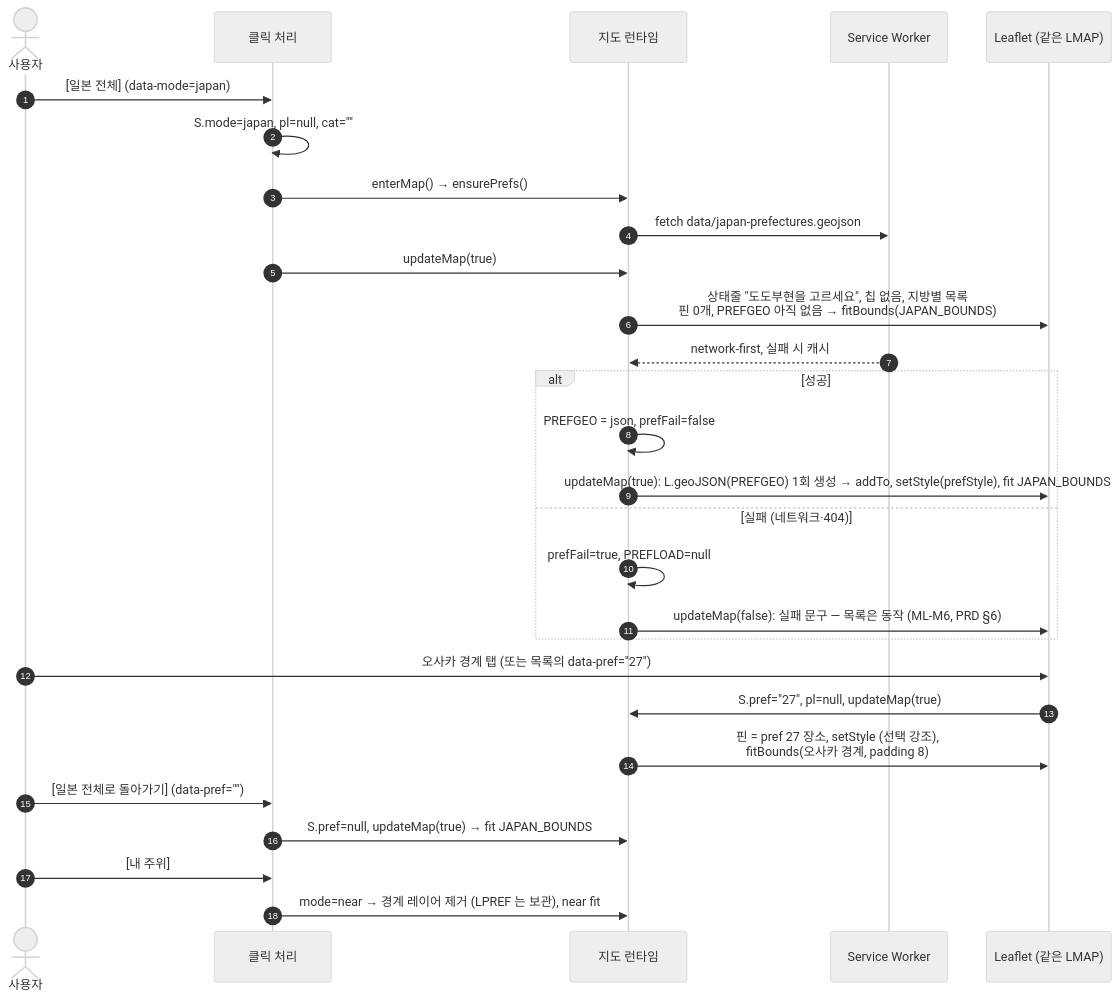
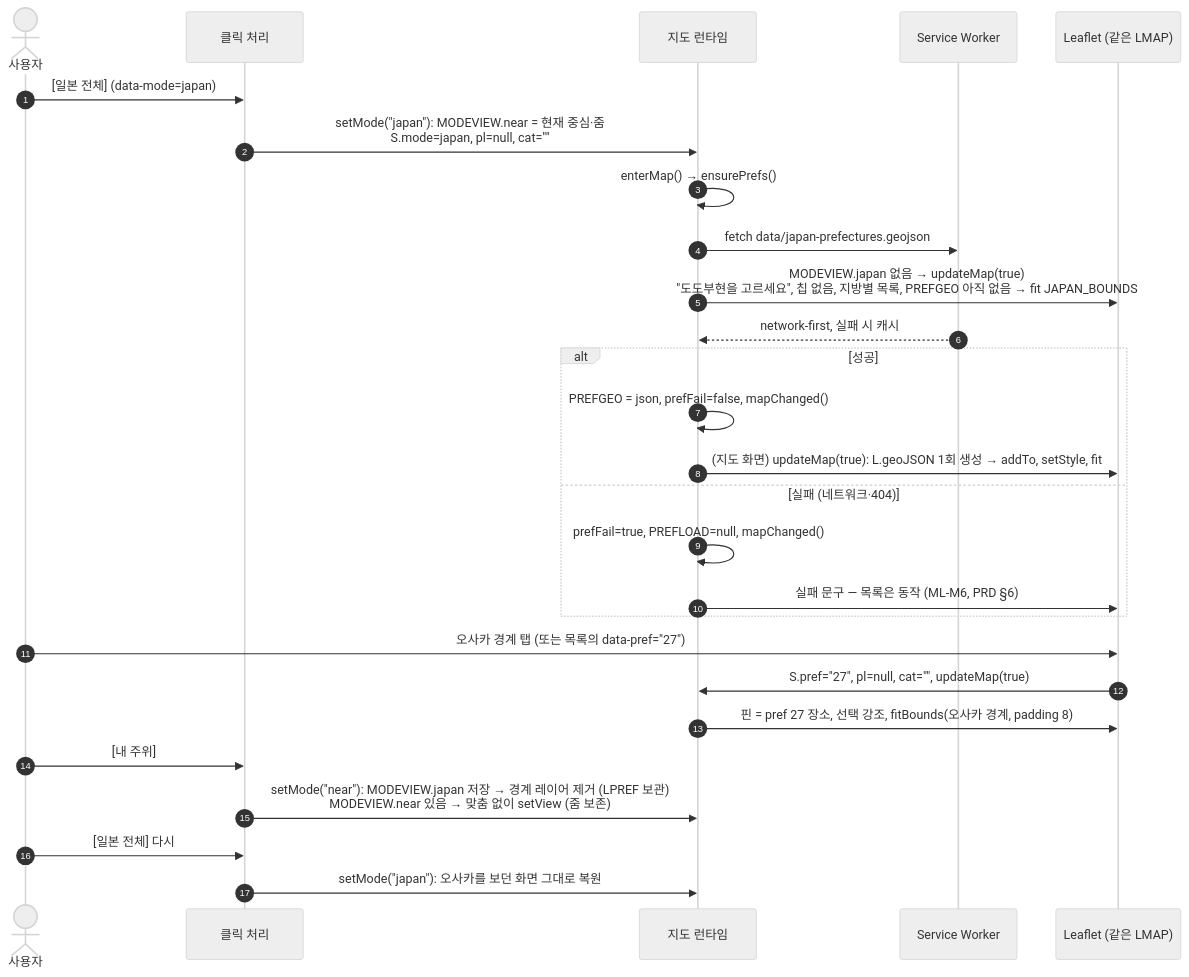
The eighth of 8 diagrams in docs/architecture/rfc/0002-mlp-client-only.md (underthesun7213/yui-board), drawn with Mermaid (neutral theme) before and after one commit. The commit also changed other lines of this file, not shown here.

First line of the commit message:
WIP: architect updating MLP design docs to the current code

````diff
--- a/docs/architecture/rfc/0002-mlp-client-only.md
+++ b/docs/architecture/rfc/0002-mlp-client-only.md
@@ -373,31 +395,30 @@
 ```mermaid
 sequenceDiagram
   autonumber
   actor U as 사용자
   participant C as 클릭 처리
   participant M as 지도 런타임
   participant SW as Service Worker
   participant L as Leaflet (같은 LMAP)
 
   U->>C: [일본 전체] (data-mode=japan)
-  C->>C: S.mode=japan, pl=null, cat=""
-  C->>M: enterMap() → ensurePrefs()
+  C->>M: setMode("japan"): MODEVIEW.near = 현재 중심·줌<br/>S.mode=japan, pl=null, cat=""
+  M->>M: enterMap() → ensurePrefs()
   M->>SW: fetch data/japan-prefectures.geojson
-  C->>M: updateMap(true)
-  M->>L: 상태줄 "도도부현을 고르세요", 칩 없음, 지방별 목록<br/>핀 0개, PREFGEO 아직 없음 → fitBounds(JAPAN_BOUNDS)
+  M->>L: MODEVIEW.japan 없음 → updateMap(true)<br/>"도도부현을 고르세요", 칩 없음, 지방별 목록, PREFGEO 아직 없음 → fit JAPAN_BOUNDS
   SW-->>M: network-first, 실패 시 캐시
   alt 성공
-    M->>M: PREFGEO = json, prefFail=false
-    M->>L: updateMap(true): L.geoJSON(PREFGEO) 1회 생성 → addTo, setStyle(prefStyle), fit JAPAN_BOUNDS
+    M->>M: PREFGEO = json, prefFail=false, mapChanged()
+    M->>L: (지도 화면) updateMap(true): L.geoJSON 1회 생성 → addTo, setStyle, fit
   else 실패 (네트워크·404)
-    M->>M: prefFail=true, PREFLOAD=null
-    M->>L: updateMap(false): 실패 문구 — 목록은 동작 (ML-M6, PRD §6)
+    M->>M: prefFail=true, PREFLOAD=null, mapChanged()
+    M->>L: 실패 문구 — 목록은 동작 (ML-M6, PRD §6)
   end
   U->>L: 오사카 경계 탭 (또는 목록의 data-pref="27")
-  L->>M: S.pref="27", pl=null, updateMap(true)
-  M->>L: 핀 = pref 27 장소, setStyle (선택 강조),<br/>fitBounds(오사카 경계, padding 8)
-  U->>C: [일본 전체로 돌아가기] (data-pref="")
-  C->>M: S.pref=null, updateMap(true) → fit JAPAN_BOUNDS
+  L->>M: S.pref="27", pl=null, cat="", updateMap(true)
+  M->>L: 핀 = pref 27 장소, 선택 강조, fitBounds(오사카 경계, padding 8)
   U->>C: [내 주위]
-  C->>M: mode=near → 경계 레이어 제거 (LPREF 는 보관), near fit
+  C->>M: setMode("near"): MODEVIEW.japan 저장 → 경계 레이어 제거 (LPREF 보관)<br/>MODEVIEW.near 있음 → 맞춤 없이 setView (줌 보존)
+  U->>C: [일본 전체] 다시
+  C->>M: setMode("japan"): 오사카를 보던 화면 그대로 복원
 ```
````
